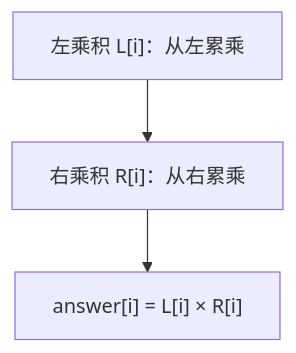
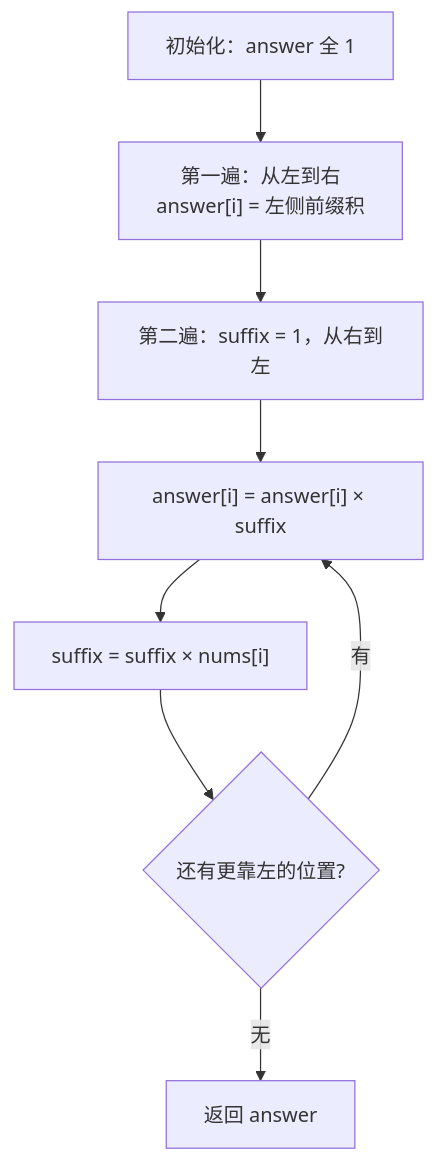
The first of 2 diagrams in 05-普通数组/0238-除自身以外数组的乘积.md (OctalZero/hot100-py), drawn with Mermaid before and after one commit. The commit also changed other lines of this file and 117 other files, not shown here.

First line of the commit message:
feat: 全题解配图升级为「动画式 mermaid」（总览骨架 + 横向时间线逐步推演）

````diff
--- a/05-普通数组/0238-除自身以外数组的乘积.md
+++ b/05-普通数组/0238-除自身以外数组的乘积.md
@@ -22,5 +22,10 @@
 ```mermaid
 flowchart TD
-    A["左乘积 L[i]：从左累乘"] --> B["右乘积 R[i]：从右累乘"]
-    B --> C["answer[i] = L[i] × R[i]"]
+    A["初始化：answer 全 1"] --> B["第一遍：从左到右<br/>answer[i] = 左侧前缀积"]
+    B --> C["第二遍：suffix = 1，从右到左"]
+    C --> D["answer[i] = answer[i] × suffix"]
+    D --> E["suffix = suffix × nums[i]"]
+    E --> F{"还有更靠左的位置?"}
+    F -->|"有"| D
+    F -->|"无"| G["返回 answer"]
 ```
````
